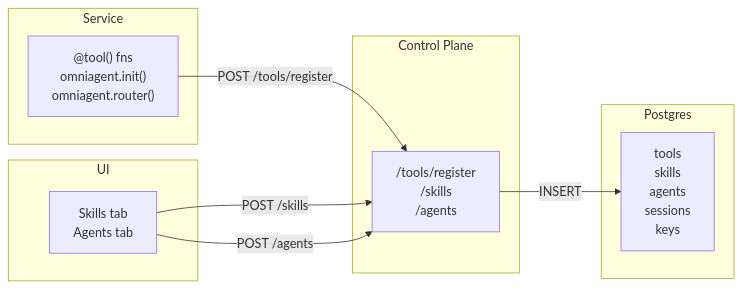
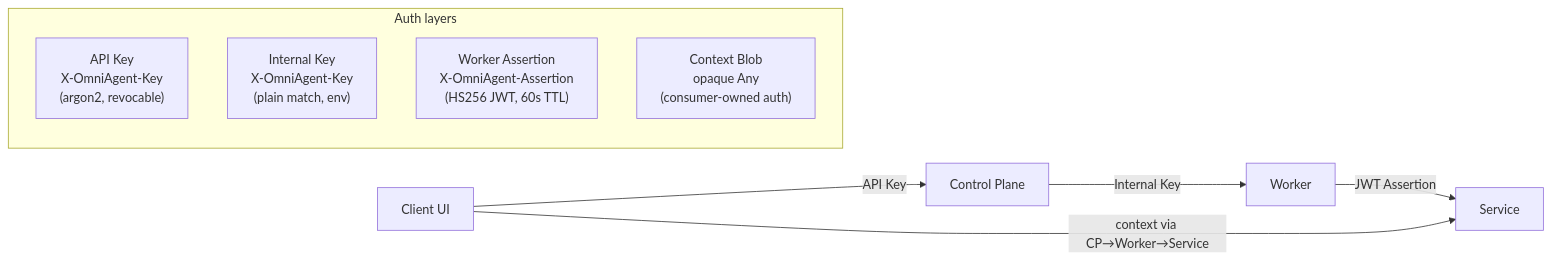
The first of 6 diagrams in README.md (Sheerabth/omniagent), drawn with Mermaid before and after one commit. The commit also changed other lines of this file and 10 other files, not shown here.

Commit message:
fix: client -> service auth and worker -> service auth

````diff
--- a/README.md
+++ b/README.md
@@ -17,20 +17,14 @@
 ```mermaid
 flowchart LR
-    subgraph Service["Service"]
-        T["@tool() fns<br/>omniagent.init()<br/>omniagent.router()"]
-    end
-    subgraph UI["UI"]
-        S["Skills tab<br/>Agents tab"]
-    end
-    subgraph CP["Control Plane"]
-        R["/tools/register<br/>/skills<br/>/agents"]
-    end
-    subgraph DB["Postgres"]
-        D["tools<br/>skills<br/>agents<br/>sessions<br/>keys"]
+    subgraph Auth["Auth layers"]
+        A1["API Key<br/>X-OmniAgent-Key<br/>(argon2, revocable)"]
+        A2["Internal Key<br/>X-OmniAgent-Key<br/>(plain match, env)"]
+        A3["Worker Assertion<br/>X-OmniAgent-Assertion<br/>(HS256 JWT, 60s TTL)"]
+        A4["Context Blob<br/>opaque Any<br/>(consumer-owned auth)"]
     end
 
-    T -- "POST /tools/register" --> R
-    S -- "POST /skills" --> R
-    S -- "POST /agents" --> R
-    R -- "INSERT" --> D
+    Client["Client UI"] -->|"API Key"| CP["Control Plane"]
+    CP -->|"Internal Key"| Worker["Worker"]
+    Worker -->|"JWT Assertion"| Service["Service"]
+    Client -->|"context via CP→Worker→Service"| Service
 ```
````
